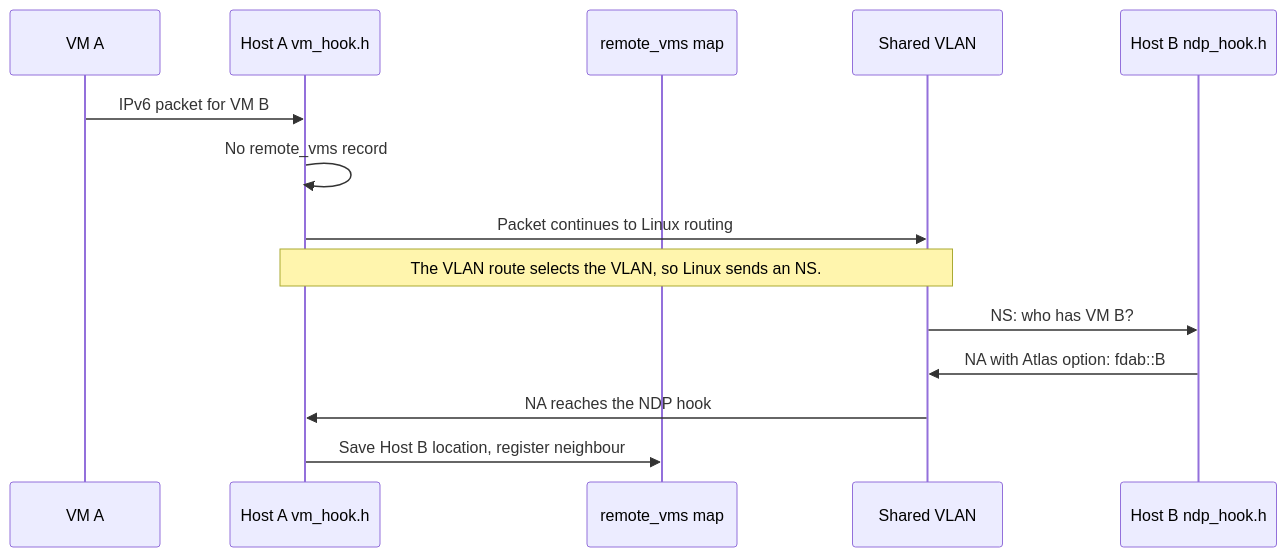
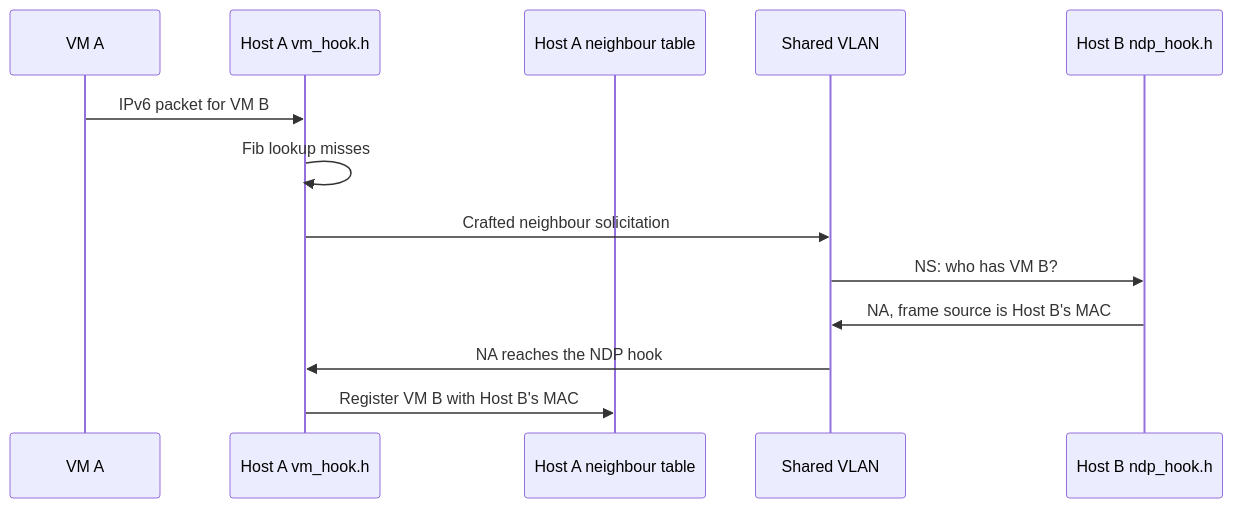
Before and after one commit to 20vikash/atlas: the third of 5 diagrams in services/wg-mesh/docs/design.md, drawn with Mermaid. The commit also changed other lines of this file and 20 other files, not shown here.

````diff
--- a/services/wg-mesh/docs/design.md
+++ b/services/wg-mesh/docs/design.md
@@ -147,17 +141,16 @@
 ```mermaid
 sequenceDiagram
     participant A as VM A
     participant HA as Host A vm_hook.h
-    participant R as remote_vms map
+    participant N as Host A neighbour table
     participant U as Shared VLAN
     participant HB as Host B ndp_hook.h
 
     A->>HA: IPv6 packet for VM B
-    HA->>HA: No remote_vms record
-    HA->>U: Packet continues to Linux routing
-    Note over HA,U: The VLAN route selects the VLAN, so Linux sends an NS.
+    HA->>HA: Fib lookup misses
+    HA->>U: Crafted neighbour solicitation
     U->>HB: NS: who has VM B?
-    HB->>U: NA with Atlas option: fdab::B
+    HB->>U: NA, frame source is Host B's MAC
     U->>HA: NA reaches the NDP hook
-    HA->>R: Save Host B location, register neighbour
+    HA->>N: Register VM B with Host B's MAC
 ```
````
